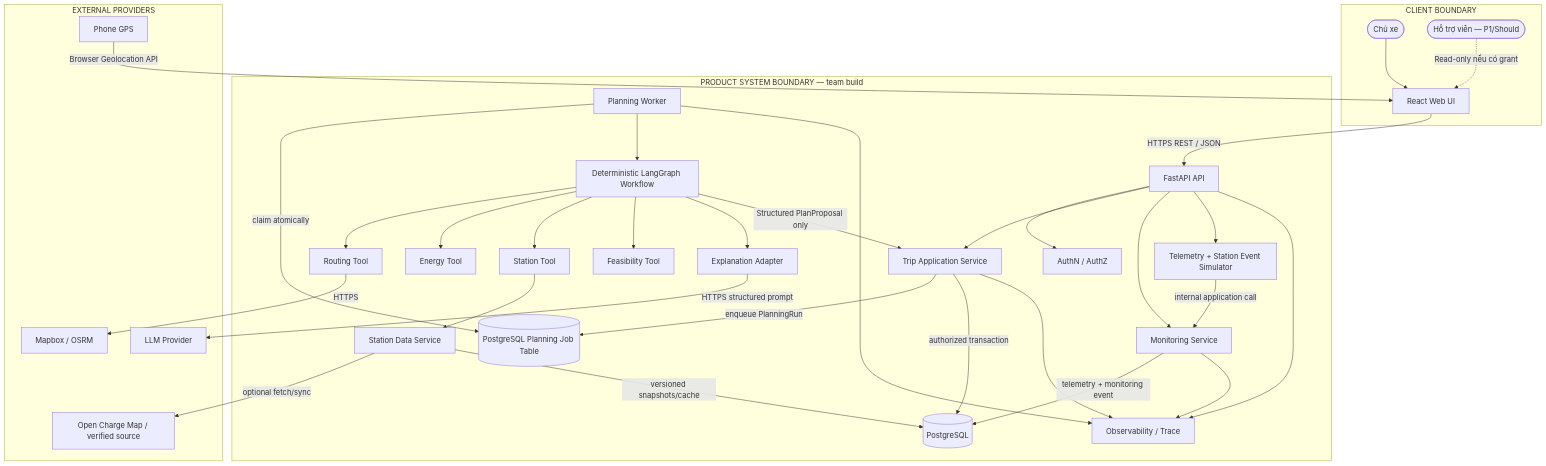
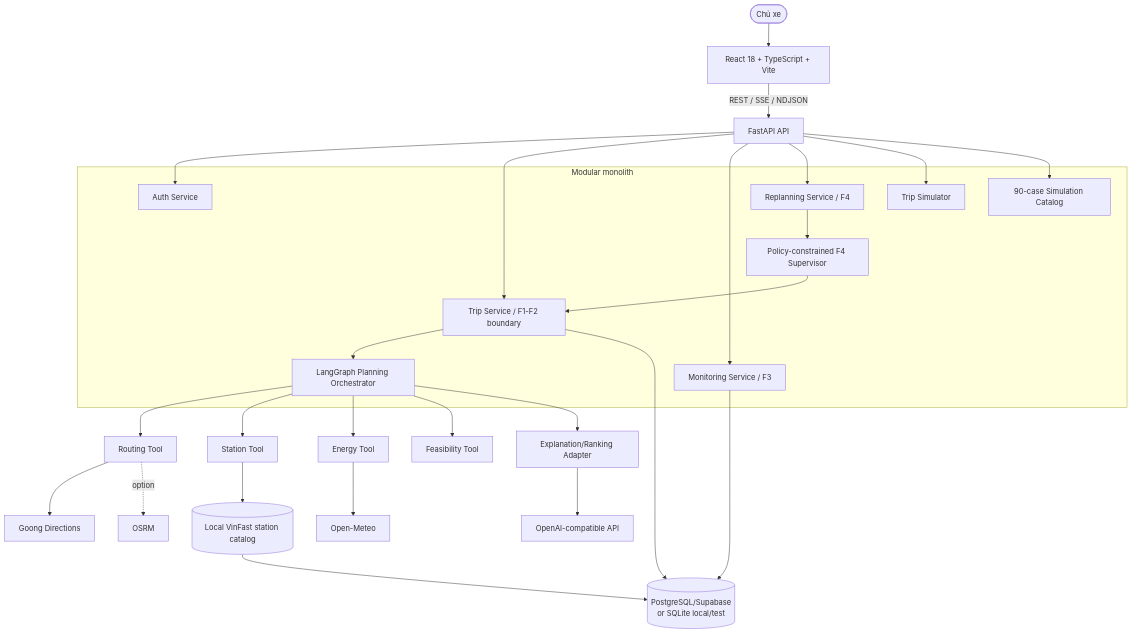
Before and after one commit to hoangnph951/Deploy_EV: the first of 5 diagrams in docs/TECHNICAL_ARCHITECTURE_AI_EV_AGENT_v3.1.md, drawn with Mermaid. The commit also changed other lines of this file and 106 other files, not shown here.

````diff
--- a/docs/TECHNICAL_ARCHITECTURE_AI_EV_AGENT_v3.1.md
+++ b/docs/TECHNICAL_ARCHITECTURE_AI_EV_AGENT_v3.1.md
@@ -80,69 +55,42 @@
 ```mermaid
 flowchart TB
-    subgraph Clients["CLIENT BOUNDARY"]
-        Owner([Chủ xe])
-        Support([Hỗ trợ viên — P1/Should])
-        Web[React Web UI]
-        Owner --> Web
-        Support -. Read-only nếu có grant .-> Web
+    Owner([Chủ xe]) --> Web[React 18 + TypeScript + Vite]
+    Web -->|REST / SSE / NDJSON| API[FastAPI API]
+
+    subgraph Core[Modular monolith]
+        Auth[Auth Service]
+        Trip[Trip Service / F1-F2 boundary]
+        Monitor[Monitoring Service / F3]
+        Replan[Replanning Service / F4]
+        Simulator[Trip Simulator]
+        Catalog[90-case Simulation Catalog]
+        Planning[LangGraph Planning Orchestrator]
+        Supervisor[Policy-constrained F4 Supervisor]
     end
 
-    subgraph Product["PRODUCT SYSTEM BOUNDARY — team build"]
-        API[FastAPI API]
-        Auth[AuthN / AuthZ]
-        Trip[Trip Application Service]
-        Monitor[Monitoring Service]
-        Jobs[(PostgreSQL Planning Job Table)]
-        Worker[Planning Worker]
-        Graph[Deterministic LangGraph Workflow]
-        Simulator[Telemetry + Station Event Simulator]
-        RouteTool[Routing Tool]
-        EnergyTool[Energy Tool]
-        StationTool[Station Tool]
-        FeasibilityTool[Feasibility Tool]
-        Explanation[Explanation Adapter]
-        StationData[Station Data Service]
-        DB[(PostgreSQL)]
-        Obs[Observability / Trace]
-    end
-
-    subgraph External["EXTERNAL PROVIDERS"]
-        GPS[Phone GPS]
-        Map[Mapbox / OSRM]
-        OCM[Open Charge Map / verified source]
-        LLM[LLM Provider]
-    end
-
-    GPS -->|Browser Geolocation API| Web
-    Web -->|HTTPS REST / JSON| API
     API --> Auth
     API --> Trip
     API --> Monitor
+    API --> Replan
     API --> Simulator
+    API --> Catalog
+    Trip --> Planning
+    Replan --> Supervisor
+    Supervisor --> Trip
 
-    Trip -->|enqueue PlanningRun| Jobs
-    Worker -->|claim atomically| Jobs
-    Worker --> Graph
+    Planning --> Route[Routing Tool]
+    Planning --> Station[Station Tool]
+    Planning --> Energy[Energy Tool]
+    Planning --> Feasibility[Feasibility Tool]
+    Planning --> Explain[Explanation/Ranking Adapter]
 
-    Graph --> RouteTool
-    Graph --> EnergyTool
-    Graph --> StationTool
-    Graph --> FeasibilityTool
-    Graph --> Explanation
+    Route --> Goong[Goong Directions]
+    Route -. option .-> OSRM[OSRM]
+    Station --> StationDB[(Local VinFast station catalog)]
+    Energy --> Weather[Open-Meteo]
+    Explain --> LLM[OpenAI-compatible API]
 
-    RouteTool -->|HTTPS| Map
-    StationTool --> StationData
-    StationData -->|optional fetch/sync| OCM
-    Explanation -->|HTTPS structured prompt| LLM
-
-    Graph -->|Structured PlanProposal only| Trip
-    Trip -->|authorized transaction| DB
-    Monitor -->|telemetry + monitoring event| DB
-    StationData -->|versioned snapshots/cache| DB
-    Simulator -->|internal application call| Monitor
-
-    API --> Obs
-    Worker --> Obs
-    Trip --> Obs
-    Monitor --> Obs
+    Trip --> DB[(PostgreSQL/Supabase\nor SQLite local/test)]
+    Monitor --> DB
+    StationDB --> DB
 ```
````
